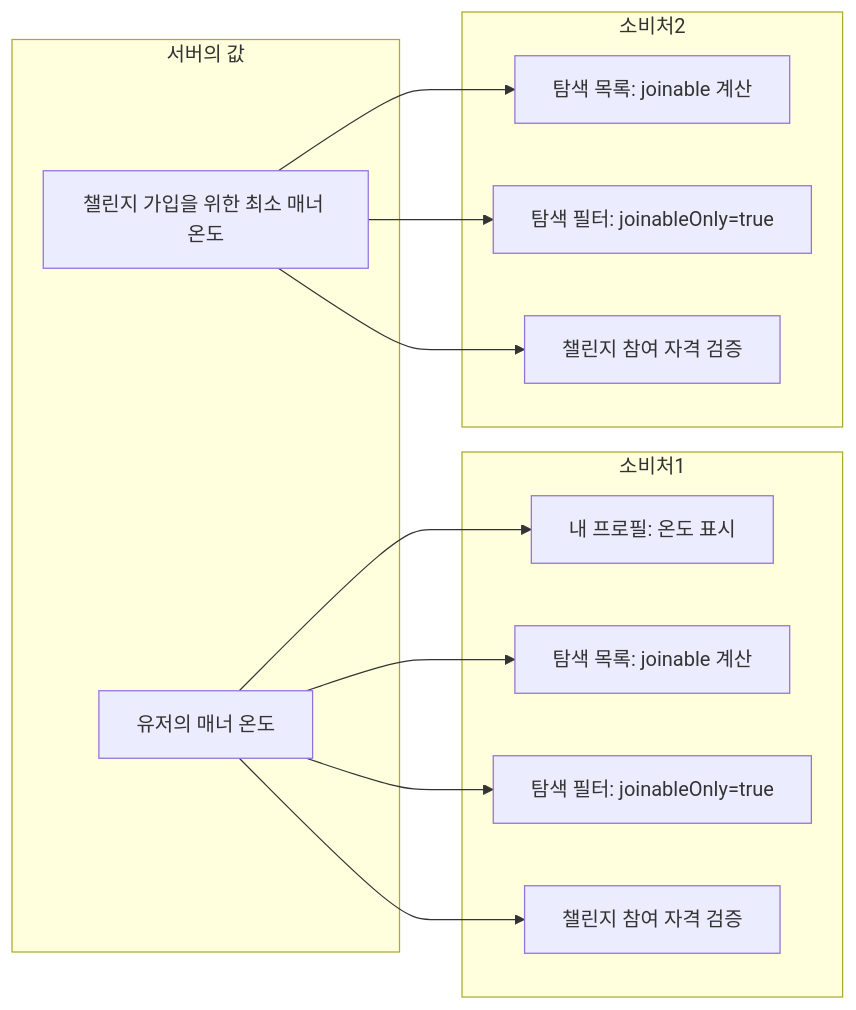
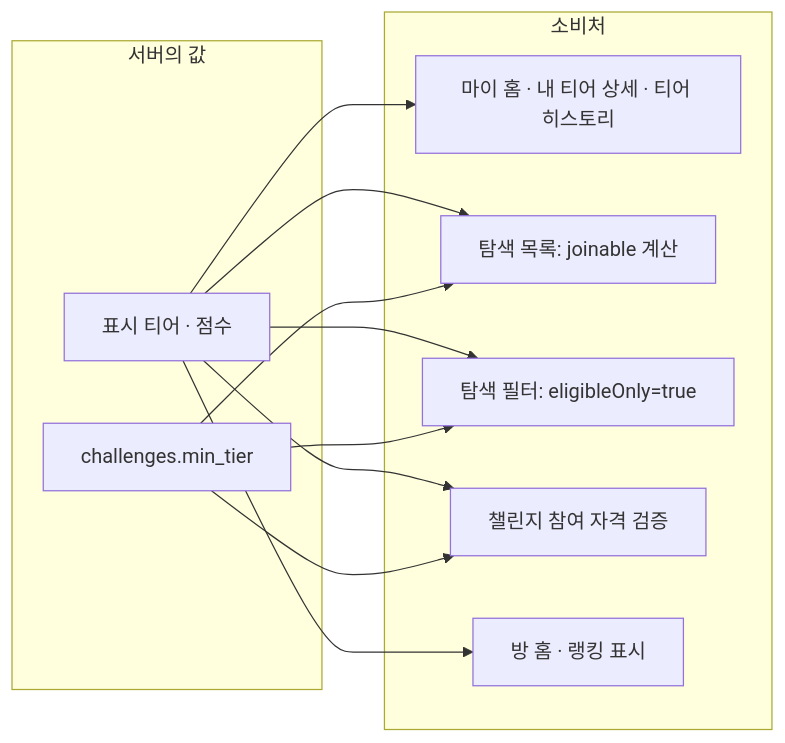
The third of 3 diagrams in docs/score/온도 계산 테크스펙 V1.md (RuleUp-ASM/Backend), drawn with Mermaid before and after one commit. The commit also changed other lines of this file and 7 other files, not shown here.

````diff
--- a/docs/score/온도 계산 테크스펙 V1.md
+++ b/docs/score/온도 계산 테크스펙 V1.md
@@ -208,28 +192,24 @@
 ```mermaid
 flowchart LR
     subgraph DB["서버의 값"]
-        T["유저의 매너 온도"]
-        MC["챌린지 가입을 위한 최소 매너 온도"]
+        T["표시 티어 · 점수"]
+        MC["challenges.min_tier"]
     end
 
-    subgraph USE1["소비처1"]
-        P1["내 프로필: 온도 표시"]
-        J1["탐색 목록: joinable 계산"]
-        JF1["탐색 필터: joinableOnly=true"]
-        JOIN1["챌린지 참여 자격 검증"]
-    end
-    
-    subgraph USE2["소비처2"]
-        J2["탐색 목록: joinable 계산"]
-        JF2["탐색 필터: joinableOnly=true"]
-        JOIN2["챌린지 참여 자격 검증"]
+    subgraph USE["소비처"]
+        P["마이 홈 · 내 티어 상세 · 티어 히스토리"]
+        J["탐색 목록: joinable 계산"]
+        JF["탐색 필터: eligibleOnly=true"]
+        JOIN["챌린지 참여 자격 검증"]
+        RM["방 홈 · 랭킹 표시"]
     end
 
-    T --> P1
-    T --> J1
-    T --> JF1
-    T --> JOIN1
-    MC --> J2
-    MC --> JF2
-    MC --> JOIN2
+    T --> P
+    T --> J
+    T --> JF
+    T --> JOIN
+    T --> RM
+    MC --> J
+    MC --> JF
+    MC --> JOIN
 ```
````
